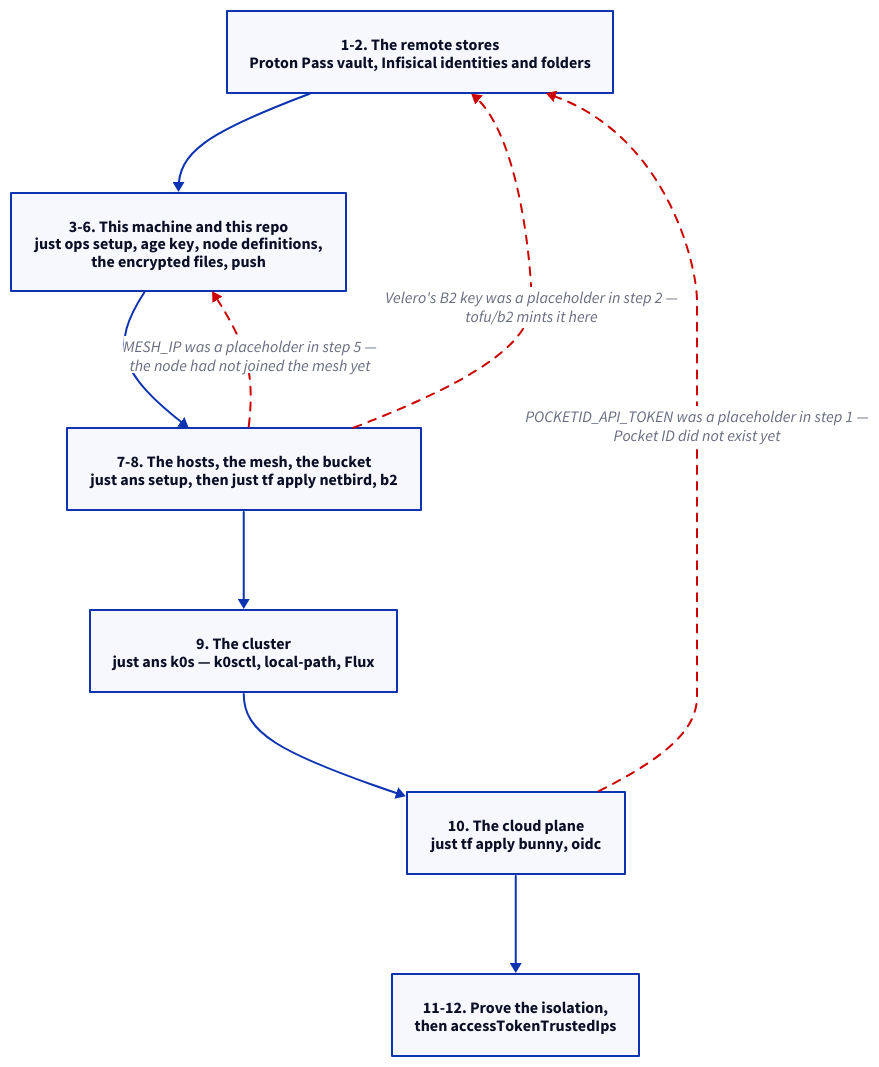
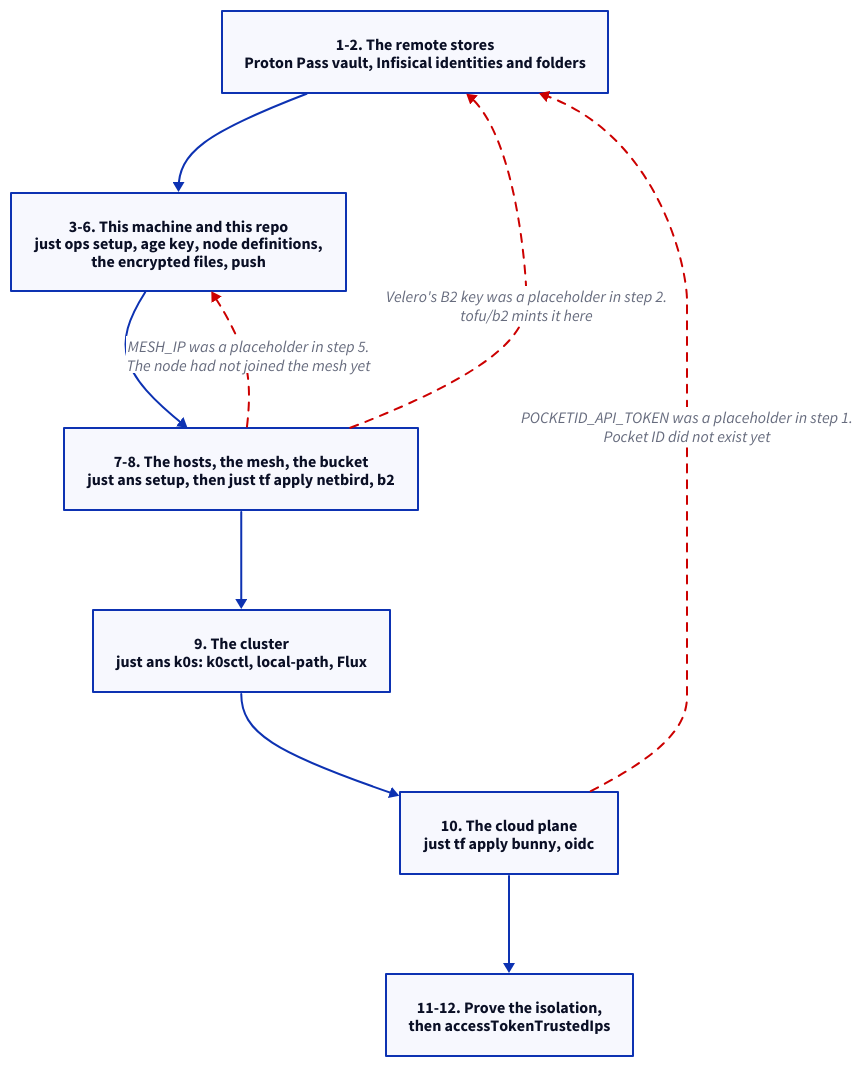
Before and after one commit to brewcoua/futhark: the diagram in docs/src/operations/setup.md, drawn with D2. The commit also changed other lines of this file and 28 other files, not shown here.

````diff
--- a/docs/src/operations/setup.md
+++ b/docs/src/operations/setup.md
@@ -9,22 +26,22 @@
 ```d2
 direction: down
 
 stores: "1-2. The remote stores\nProton Pass vault, Infisical identities and folders"
 repo: "3-6. This machine and this repo\njust ops setup, age key, node definitions,\nthe encrypted files, push"
 hosts: "7-8. The hosts, the mesh, the bucket\njust ans setup, then just tf apply netbird, b2"
-cluster: "9. The cluster\njust ans k0s — k0sctl, local-path, Flux"
+cluster: "9. The cluster\njust ans k0s: k0sctl, local-path, Flux"
 cloud: "10. The cloud plane\njust tf apply bunny, oidc"
 after: "11-12. Prove the isolation,\nthen accessTokenTrustedIps"
 
 stores -> repo -> hosts -> cluster -> cloud -> after
 
-hosts -> repo: "MESH_IP was a placeholder in step 5 —\nthe node had not joined the mesh yet" {
+hosts -> repo: "MESH_IP was a placeholder in step 5.\nThe node had not joined the mesh yet" {
   style: { stroke-dash: 4; stroke: "#c00" }
 }
-hosts -> stores: "Velero's B2 key was a placeholder in step 2 —\ntofu/b2 mints it here" {
+hosts -> stores: "Velero's B2 key was a placeholder in step 2.\ntofu/b2 mints it here" {
   style: { stroke-dash: 4; stroke: "#c00" }
 }
-cloud -> stores: "POCKETID_API_TOKEN was a placeholder in step 1 —\nPocket ID did not exist yet" {
+cloud -> stores: "POCKETID_API_TOKEN was a placeholder in step 1.\nPocket ID did not exist yet" {
   style: { stroke-dash: 4; stroke: "#c00" }
 }
 ```
````
